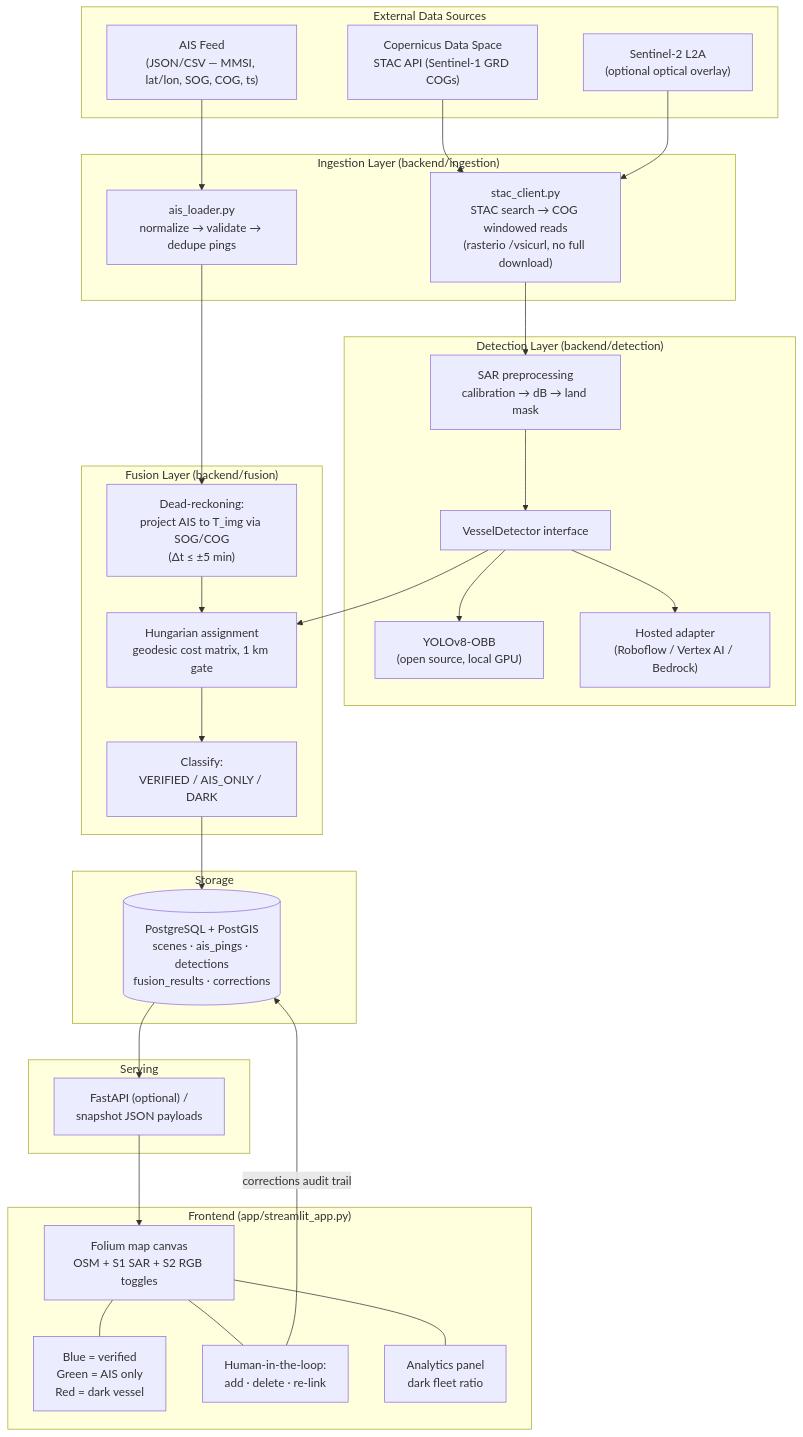
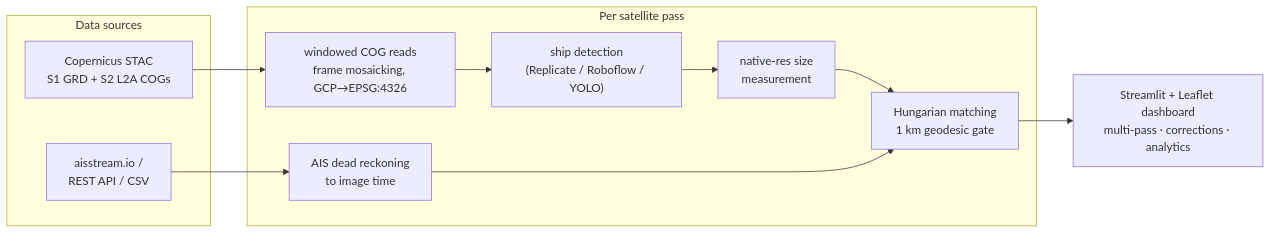
The diagram in README.md (gSulpizio/sat_tracker), drawn with Mermaid before and after one commit. The commit also changed other lines of this file and 8 other files, not shown here.

````diff
--- a/README.md
+++ b/README.md
@@ -11,57 +92,17 @@
 ```mermaid
-flowchart TB
-    subgraph SOURCES["External Data Sources"]
-        CDSE["Copernicus Data Space<br/>STAC API (Sentinel-1 GRD COGs)"]
-        S2["Sentinel-2 L2A<br/>(optional optical overlay)"]
-        AIS["AIS Feed<br/>(JSON/CSV — MMSI, lat/lon, SOG, COG, ts)"]
+flowchart LR
+    subgraph SOURCES["Data sources"]
+        CDSE["Copernicus STAC<br/>S1 GRD + S2 L2A COGs"]
+        AIS["aisstream.io /<br/>REST API / CSV"]
     end
-
-    subgraph INGEST["Ingestion Layer  (backend/ingestion)"]
-        STACC["stac_client.py<br/>STAC search → COG windowed reads<br/>(rasterio /vsicurl, no full download)"]
-        AISL["ais_loader.py<br/>normalize → validate → dedupe pings"]
+    subgraph PIPELINE["Per satellite pass"]
+        READ["windowed COG reads<br/>frame mosaicking, GCP→EPSG:4326"]
+        DET["ship detection<br/>(Replicate / Roboflow / YOLO)"]
+        SIZE["native-res size<br/>measurement"]
+        DR["AIS dead reckoning<br/>to image time"]
+        HUNG["Hungarian matching<br/>1 km geodesic gate"]
     end
-
-    subgraph ML["Detection Layer  (backend/detection)"]
-        PRE["SAR preprocessing<br/>calibration → dB → land mask"]
-        DET["VesselDetector interface"]
-        YOLO["YOLOv8-OBB<br/>(open source, local GPU)"]
-        HOSTED["Hosted adapter<br/>(Roboflow / Vertex AI / Bedrock)"]
-        DET --> YOLO
-        DET --> HOSTED
-    end
-
-    subgraph FUSION["Fusion Layer  (backend/fusion)"]
-        DR["Dead-reckoning:<br/>project AIS to T_img via SOG/COG<br/>(Δt ≤ ±5 min)"]
-        HUNG["Hungarian assignment<br/>geodesic cost matrix, 1 km gate"]
-        CLS["Classify:<br/>VERIFIED / AIS_ONLY / DARK"]
-        DR --> HUNG --> CLS
-    end
-
-    subgraph STORE["Storage"]
-        PG[("PostgreSQL + PostGIS<br/>scenes · ais_pings · detections<br/>fusion_results · corrections")]
-    end
-
-    subgraph API["Serving"]
-        FAST["FastAPI (optional) /<br/>snapshot JSON payloads"]
-    end
-
-    subgraph UI["Frontend  (app/streamlit_app.py)"]
-        MAP["Folium map canvas<br/>OSM + S1 SAR + S2 RGB toggles"]
-        MARK["Blue = verified<br/>Green = AIS only<br/>Red = dark vessel"]
-        CRUD["Human-in-the-loop:<br/>add · delete · re-link"]
-        STATS["Analytics panel<br/>dark fleet ratio"]
-    end
-
-    CDSE --> STACC
-    S2 --> STACC
-    AIS --> AISL
-    STACC --> PRE --> DET
-    AISL --> DR
-    DET --> HUNG
-    CLS --> PG
-    PG --> FAST --> MAP
-    MAP --- MARK
-    MAP --- CRUD
-    CRUD -- "corrections audit trail" --> PG
-    MAP --- STATS
+    UI["Streamlit + Leaflet dashboard<br/>multi-pass · corrections · analytics"]
+    CDSE --> READ --> DET --> SIZE --> HUNG
+    AIS --> DR --> HUNG --> UI
 ```
````
